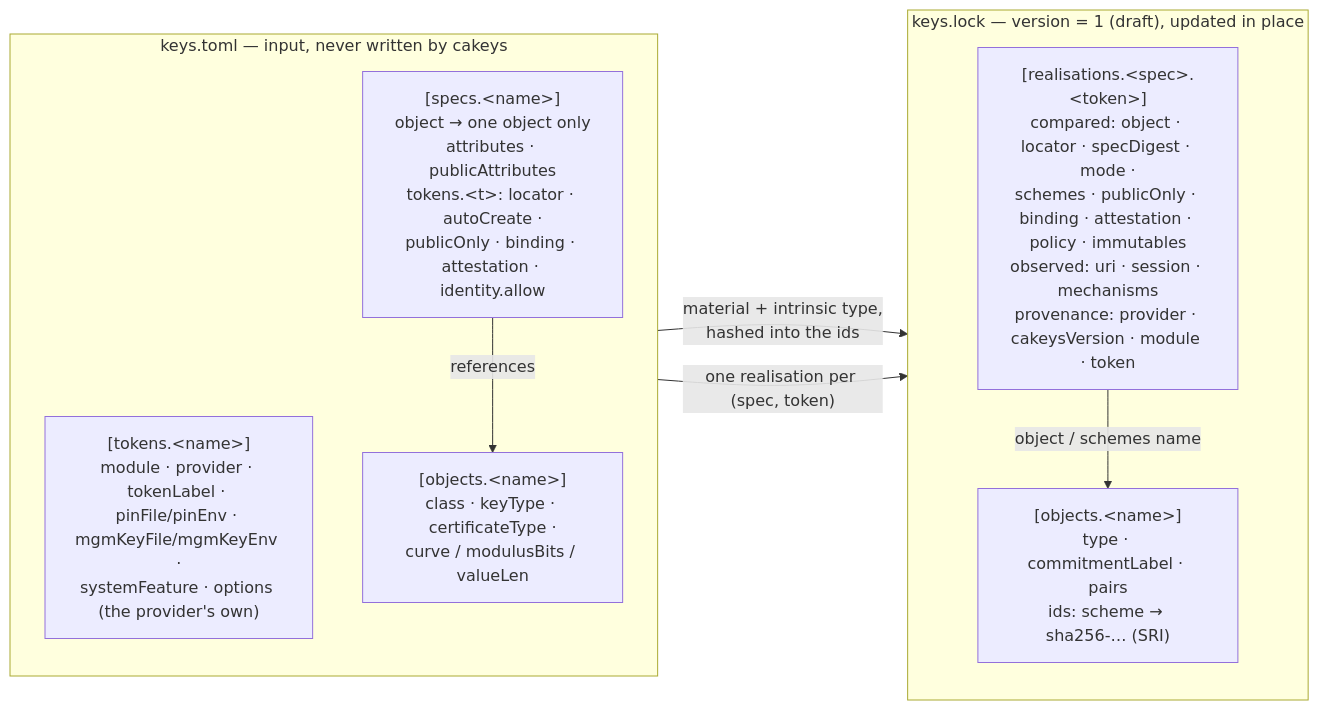
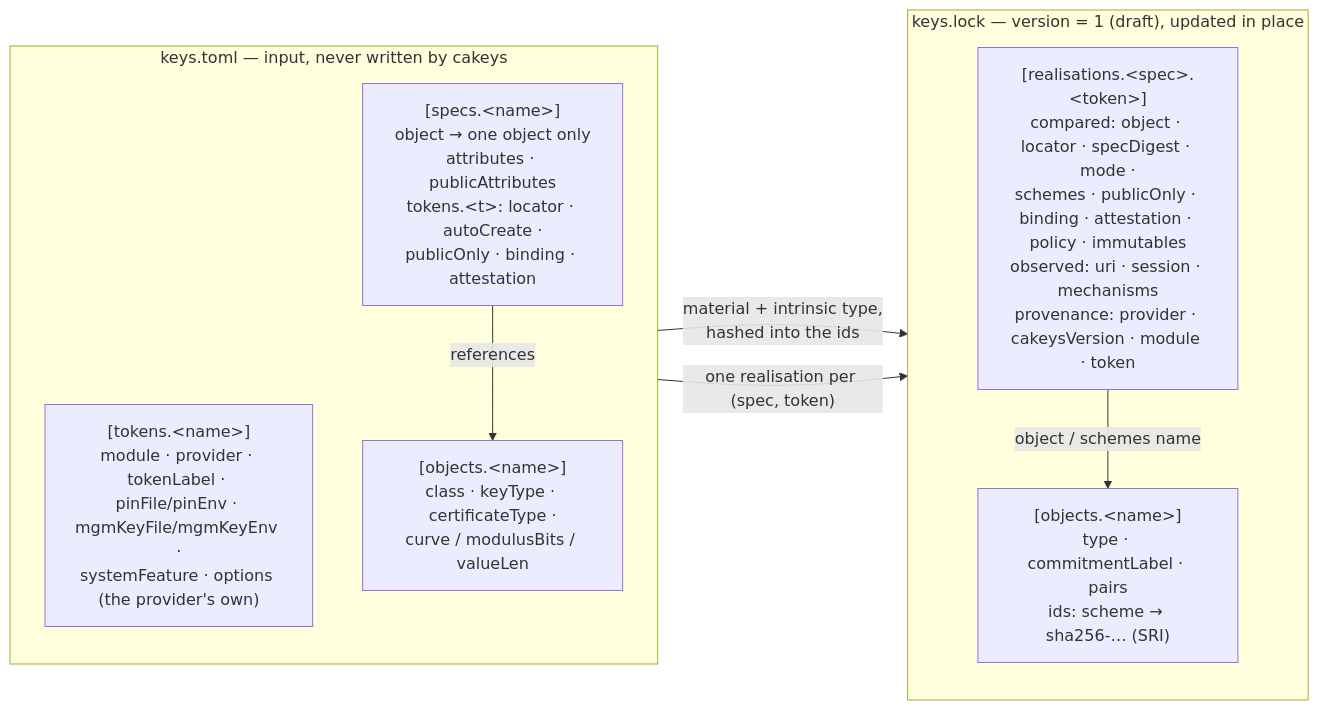
One commit to Princemachiavelli/cakeys changed the first of 5 diagrams in docs/diagrams.md. Above: the diagram before and after it, drawn with Mermaid. The commit also changed other lines of this file and 98 other files, not shown here.

First line of the commit message:
docs: one document per tool, DESIGN keeps identity and the lock (WORKPLAN stage 6)

````diff
--- a/docs/diagrams.md
+++ b/docs/diagrams.md
@@ -12,20 +12,20 @@
 ```mermaid
 flowchart LR
     subgraph TOML["keys.toml — input, never written by cakeys"]
         direction TB
         T["[tokens.&lt;name&gt;]<br/>module · provider · tokenLabel · pinFile/pinEnv · mgmKeyFile/mgmKeyEnv ·<br/>systemFeature · options (the provider's own)"]
         O["[objects.&lt;name&gt;]<br/>class · keyType · certificateType ·<br/>curve / modulusBits / valueLen"]
-        S["[specs.&lt;name&gt;]<br/>object → one object only<br/>attributes · publicAttributes<br/>tokens.&lt;t&gt;: locator · autoCreate ·<br/>publicOnly · binding · attestation · identity.allow"]
+        S["[specs.&lt;name&gt;]<br/>object → one object only<br/>attributes · publicAttributes<br/>tokens.&lt;t&gt;: locator · autoCreate ·<br/>publicOnly · binding · attestation"]
         S -- references --> O
     end
 
     subgraph LOCK["keys.lock — version = 1 (draft), updated in place"]
         direction TB
         LO["[objects.&lt;name&gt;]<br/>type · commitmentLabel · pairs<br/>ids: scheme → sha256-… (SRI)"]
         LR["[realisations.&lt;spec&gt;.&lt;token&gt;]<br/>compared: object · locator · specDigest · mode ·<br/>schemes · publicOnly · binding · attestation · policy · immutables<br/>observed: uri · session · mechanisms<br/>provenance: provider · cakeysVersion · module · token"]
         LR -- "object / schemes name" --> LO
     end
 
     O -- "material + intrinsic type,<br/>hashed into the ids" --> LO
     S -- "one realisation per (spec, token)" --> LR
 ```
````
